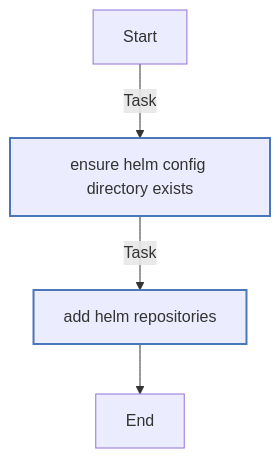
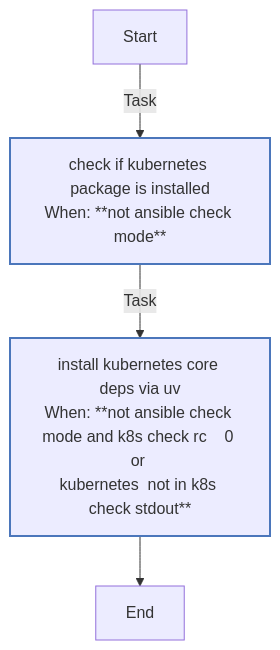
One commit to rou-cru/k3s-homelab changed the fourth of 8 diagrams in roles/common/README.md. Above: the diagram before and after it, drawn with Mermaid. The commit also changed other lines of this file and 277 other files, not shown here.

````diff
--- a/roles/common/README.md
+++ b/roles/common/README.md
@@ -599,16 +443,16 @@
 ```mermaid
 flowchart TD
 Start
 classDef block stroke:#3498db,stroke-width:2px;
 classDef task stroke:#4b76bb,stroke-width:2px;
 classDef includeTasks stroke:#16a085,stroke-width:2px;
 classDef importTasks stroke:#34495e,stroke-width:2px;
 classDef includeRole stroke:#2980b9,stroke-width:2px;
 classDef importRole stroke:#699ba7,stroke-width:2px;
 classDef includeVars stroke:#8e44ad,stroke-width:2px;
 classDef rescue stroke:#665352,stroke-width:2px;
 
-  Start-->|Task| Ensure_Helm_config_directory_exists0[ensure helm config directory exists]:::task
-  Ensure_Helm_config_directory_exists0-->|Task| Add_Helm_Repositories1[add helm repositories]:::task
-  Add_Helm_Repositories1-->End
+  Start-->|Task| Check_if_kubernetes_package_is_installed0[check if kubernetes package is installed<br>When: **not ansible check mode**]:::task
+  Check_if_kubernetes_package_is_installed0-->|Task| Install_kubernetes_core_deps_via_uv1[install kubernetes core deps via uv<br>When: **not ansible check mode and k8s check rc    0 or <br>kubernetes  not in k8s check stdout**]:::task
+  Install_kubernetes_core_deps_via_uv1-->End
 ```
````
